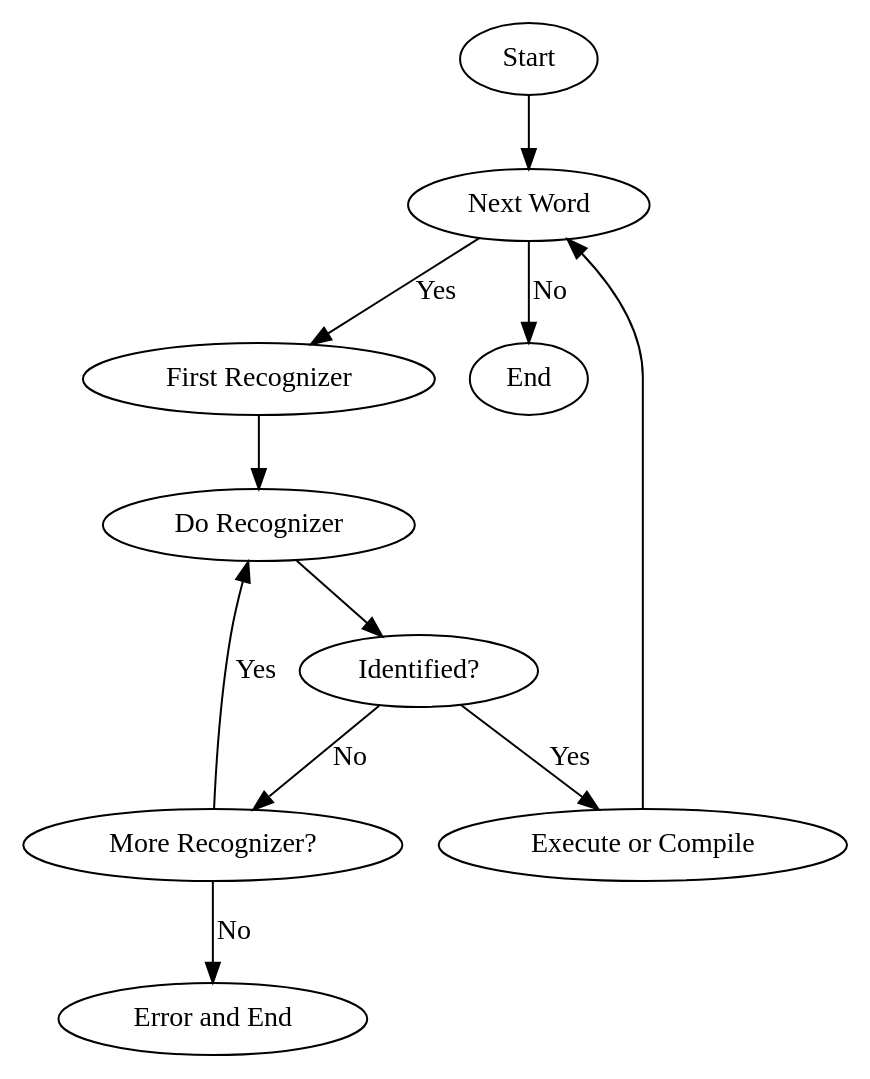
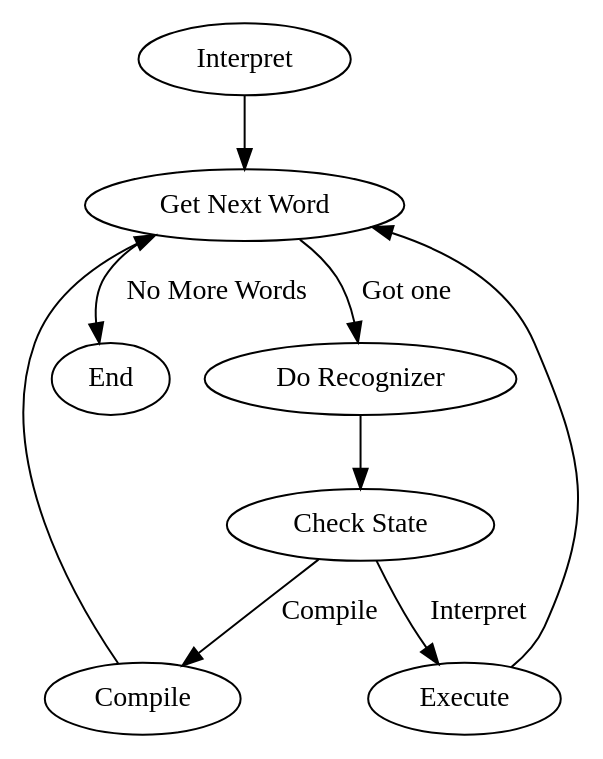
Before and after one commit to wexi/amforth-shadow: the first of 2 diagrams in doc/source/TG/Architecture.rst, drawn with Graphviz. The commit also changed other lines of this file, not shown here.

```diff
--- a/doc/source/TG/Architecture.rst
+++ b/doc/source/TG/Architecture.rst
@@ -282,13 +212,11 @@
-.. digraph:: FutureRecognizer
+.. digraph:: Recognizer
    :inline:
 
-   "Start" -> "Next Word"
-   "Next Word" -> "First Recognizer" [label="Yes"]
-   "Next Word" -> "End" [label="No"];
-   "First Recognizer" -> "Do Recognizer"
-   "Do Recognizer" -> "Identified?"
-   "Identified?" -> "More Recognizer?" [label="No"];
-   "More Recognizer?" -> "Do Recognizer" [label="Yes"];
-   "More Recognizer?" -> "Error and End" [label="No"];
-   "Identified?" -> "Execute or Compile" [label="Yes"];
-   "Execute or Compile" -> "Next Word"
+   "Interpret" -> "Get Next Word"
+   "Get Next Word" -> "Do Recognizer" [label="Got one"]
+   "Get Next Word" -> "End" [label="No More Words"];
+   "Do Recognizer" -> "Check State"
+   "Check State" -> "Compile" [label="Compile"];
+   "Check State" -> "Execute" [label="Interpret"];
+   "Compile" -> "Get Next Word"
+   "Execute" -> "Get Next Word"
```
